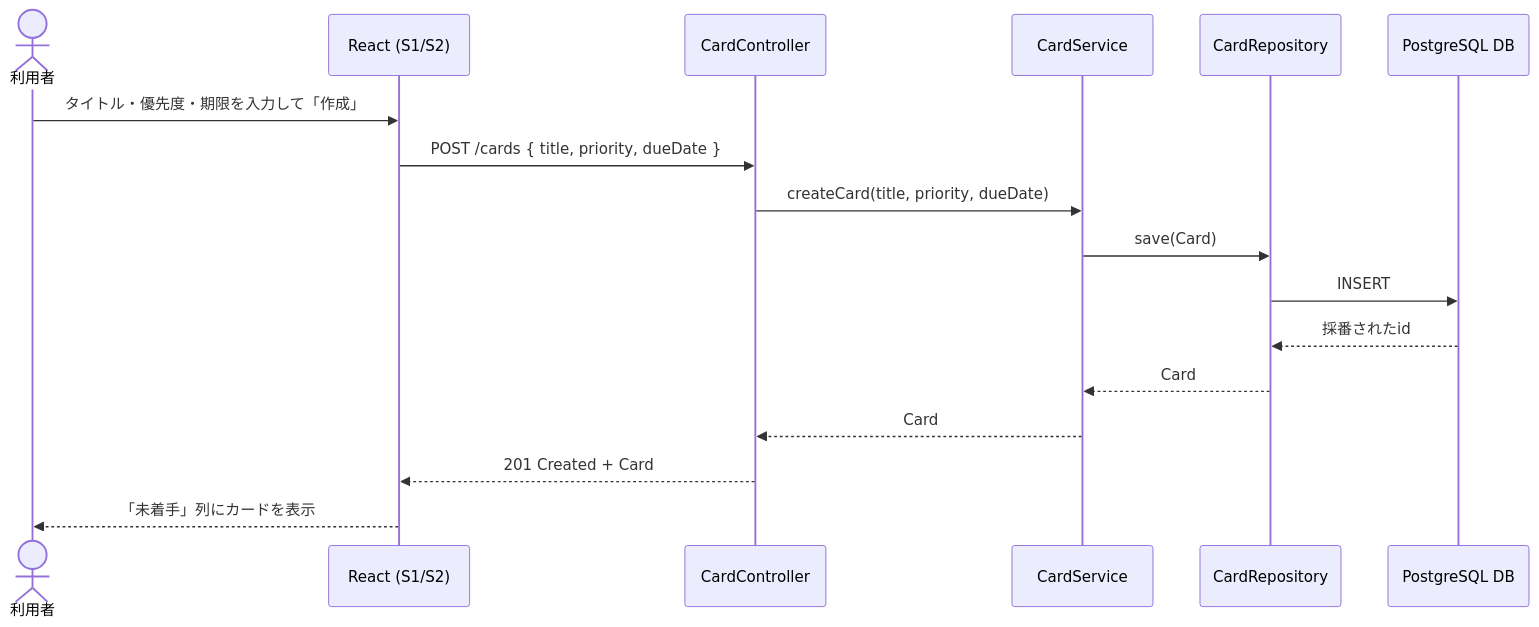
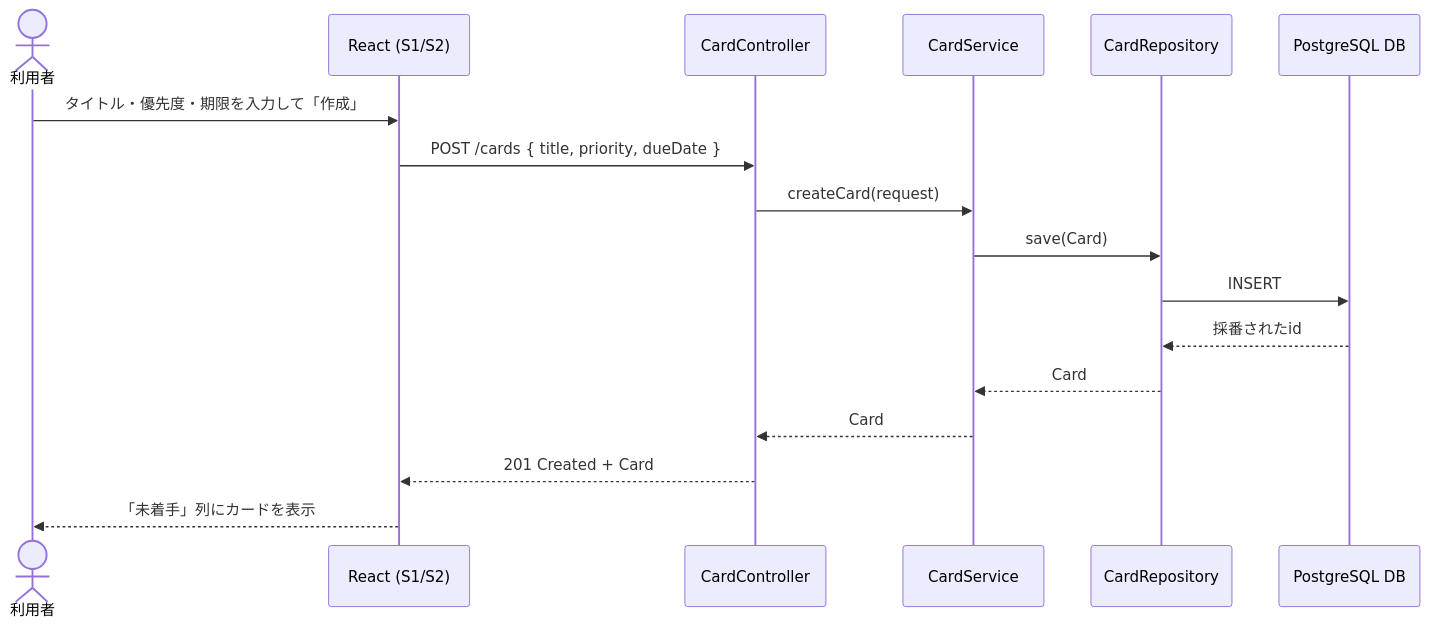
Before and after one commit to takahiromorikawa/TaskManagement: the first of 6 diagrams in docs/api.md, drawn with Mermaid. The commit also changed other lines of this file and 6 other files, not shown here.

````diff
--- a/docs/api.md
+++ b/docs/api.md
@@ -29,20 +32,20 @@
 ```mermaid
 sequenceDiagram
     actor User as 利用者
     participant FE as React (S1/S2)
     participant API as CardController
     participant SVC as CardService
     participant REPO as CardRepository
     participant DB as PostgreSQL DB
 
     User->>FE: タイトル・優先度・期限を入力して「作成」
     FE->>API: POST /cards { title, priority, dueDate }
-    API->>SVC: createCard(title, priority, dueDate)
+    API->>SVC: createCard(request)
     SVC->>REPO: save(Card)
     REPO->>DB: INSERT
     DB-->>REPO: 採番されたid
     REPO-->>SVC: Card
     SVC-->>API: Card
     API-->>FE: 201 Created + Card
     FE-->>User: 「未着手」列にカードを表示
 ```
````
